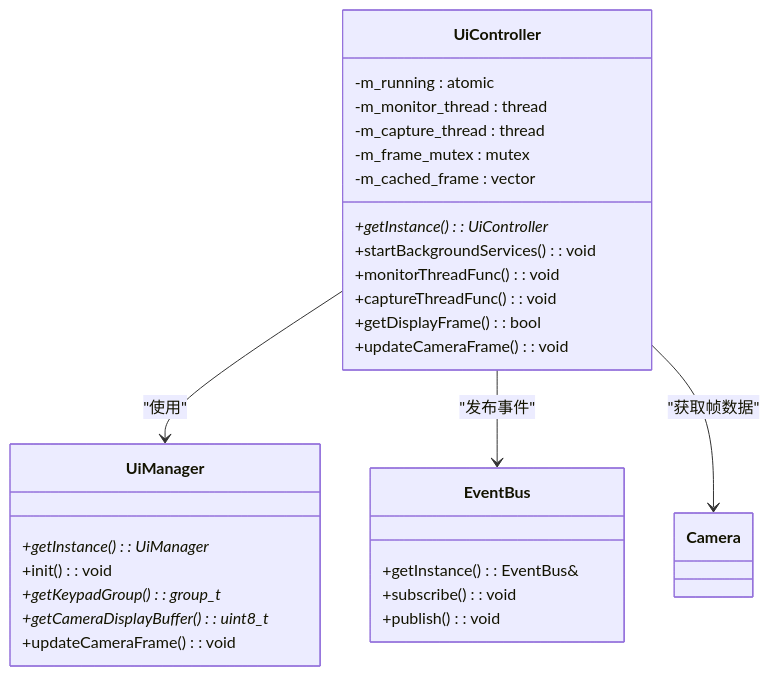
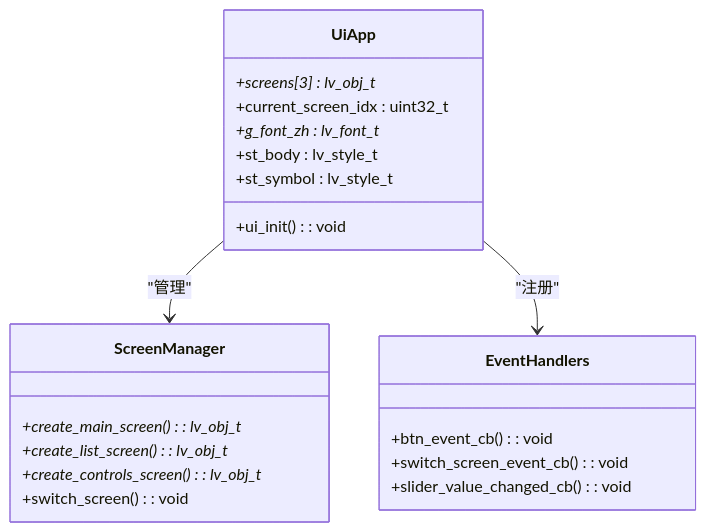
One commit to Drunk552/SmartAttendance changed the fourth of 6 diagrams in .qoder/repowiki/zh/content/系统架构设计/系统架构设计.md. Above: the diagram before and after it, drawn with Mermaid. The commit also changed other lines of this file and 26 other files, not shown here.

````diff
--- a/.qoder/repowiki/zh/content/系统架构设计/系统架构设计.md
+++ b/.qoder/repowiki/zh/content/系统架构设计/系统架构设计.md
@@ -188,31 +160,24 @@
 ```mermaid
 classDiagram
-class UiController {
--m_running : atomic<bool>
--m_monitor_thread : thread
--m_capture_thread : thread
--m_frame_mutex : mutex
--m_cached_frame : vector<uint8_t>
-+getInstance() : UiController*
-+startBackgroundServices() : void
-+monitorThreadFunc() : void
-+captureThreadFunc() : void
-+getDisplayFrame() : bool
-+updateCameraFrame() : void
+class UiApp {
++ui_init() : void
++screens[3] : lv_obj_t*
++current_screen_idx : uint32_t
++g_font_zh : lv_font_t*
++st_body : lv_style_t
++st_symbol : lv_style_t
 }
-class UiManager {
-+getInstance() : UiManager*
-+init() : void
-+getKeypadGroup() : group_t*
-+getCameraDisplayBuffer() : uint8_t*
-+updateCameraFrame() : void
+class ScreenManager {
++create_main_screen() : lv_obj_t*
++create_list_screen() : lv_obj_t*
++create_controls_screen() : lv_obj_t*
++switch_screen() : void
 }
-class EventBus {
-+getInstance() : EventBus&
-+subscribe() : void
-+publish() : void
+class EventHandlers {
++btn_event_cb() : void
++switch_screen_event_cb() : void
++slider_value_changed_cb() : void
 }
-UiController --> UiManager : "使用"
-UiController --> EventBus : "发布事件"
-UiController --> Camera : "获取帧数据"
+UiApp --> ScreenManager : "管理"
+UiApp --> EventHandlers : "注册"
 ```
````
